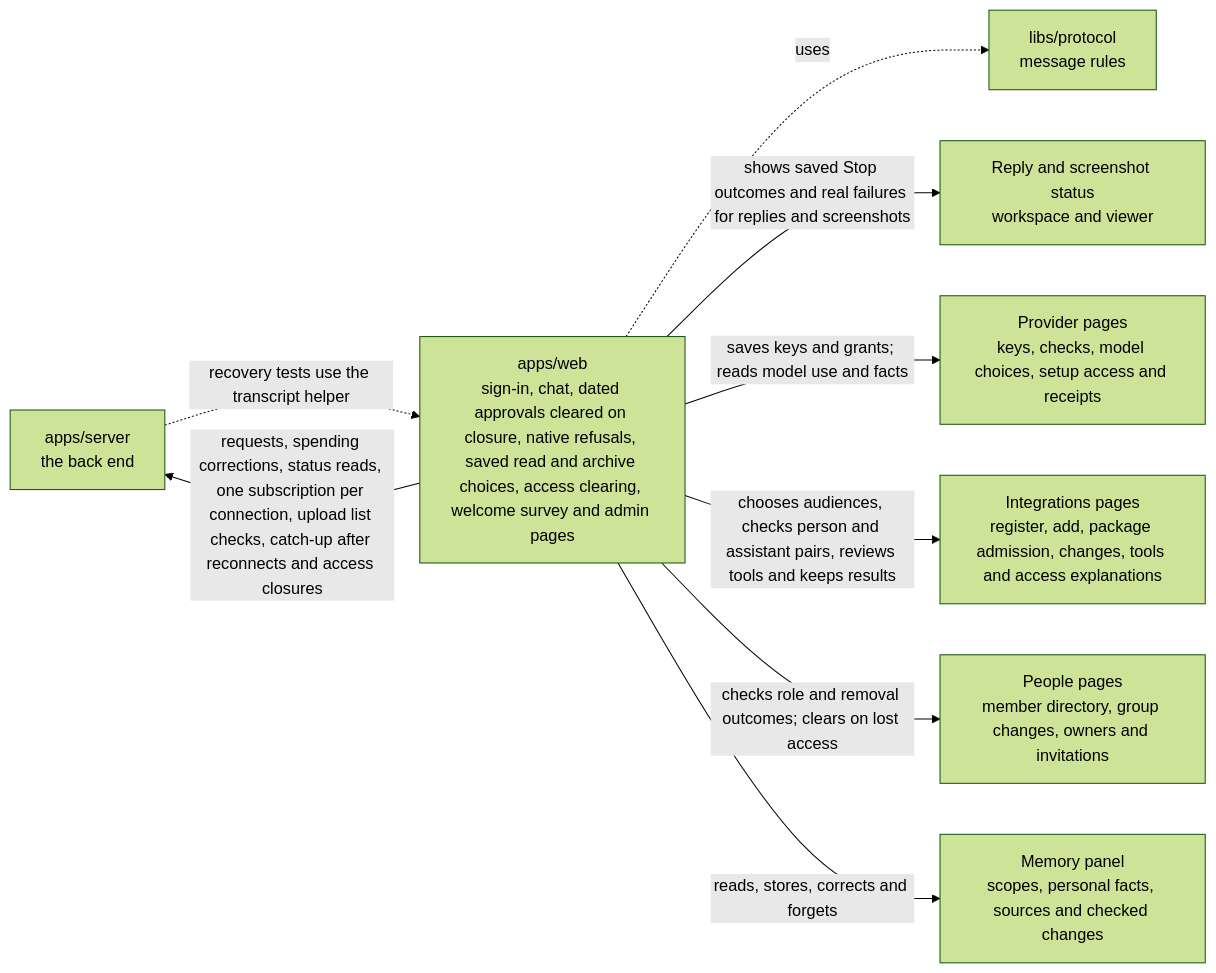
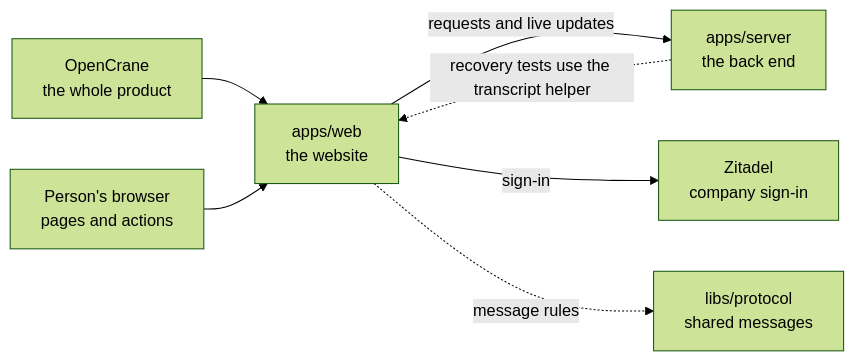
Before and after one commit to elewa-git/opencrane-new: the diagram in apps/web/README.md, drawn with Mermaid (forest theme). The commit also changed other lines of this file and 24 other files, not shown here.

````diff
--- a/apps/web/README.md
+++ b/apps/web/README.md
@@ -11,11 +16,9 @@
 ```mermaid
 flowchart LR
+  system["OpenCrane<br/>the whole product"] --> web["apps/web<br/>the website"]
+  browser["Person's browser<br/>pages and actions"] --> web
+  web -->|requests and live updates| server["apps/server<br/>the back end"]
   server -.->|recovery tests use the transcript helper| web
-  web["apps/web<br/>sign-in, chat, dated approvals cleared on closure, native refusals, saved read and archive choices, access clearing, welcome survey and admin pages"] -->|requests, spending corrections, status reads, one subscription per connection, upload list checks, catch-up after reconnects and access closures| server["apps/server<br/>the back end"]
-  web -.->|uses| protocol["libs/protocol<br/>message rules"]
-  web -->|shows saved Stop outcomes and real failures for replies and screenshots| capture["Reply and screenshot status<br/>workspace and viewer"]
-  web -->|saves keys and grants; reads model use and facts| providers["Provider pages<br/>keys, checks, model choices, setup access and receipts"]
-  web -->|chooses audiences, checks person and assistant pairs, reviews tools and keeps results| integrations["Integrations pages<br/>register, add, package admission, changes, tools and access explanations"]
-  web -->|checks role and removal outcomes; clears on lost access| people["People pages<br/>member directory, group changes, owners and invitations"]
-  web -->|reads, stores, corrects and forgets| memory["Memory panel<br/>scopes, personal facts, sources and checked changes"]
+  web -->|sign-in| zitadel["Zitadel<br/>company sign-in"]
+  web -.->|message rules| protocol["libs/protocol<br/>shared messages"]
 ```
````
